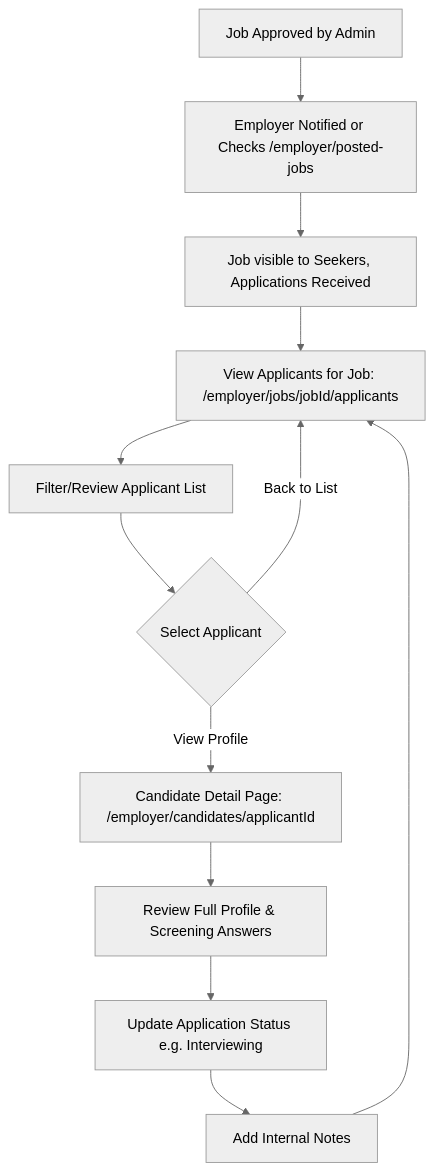
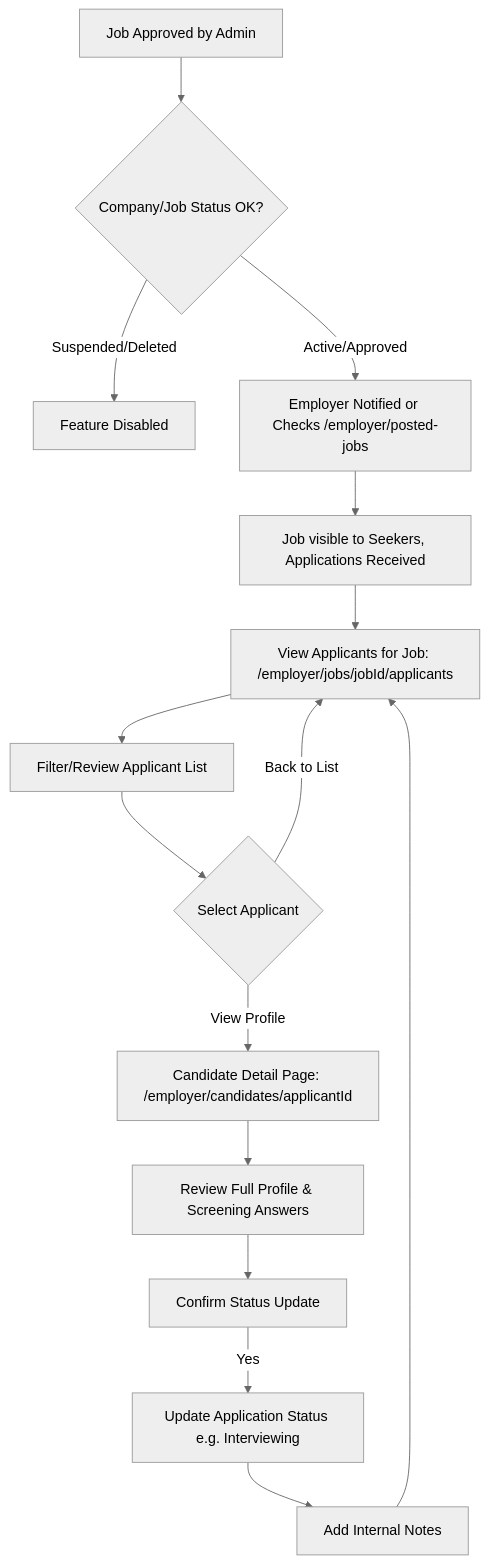
One commit to KishoreKammela/JobBoardly changed the second of 2 diagrams in docs/employer-features.md. Above: the diagram before and after it, drawn with Mermaid (neutral theme). The commit also changed other lines of this file and 3 other files, not shown here.

````diff
--- a/docs/employer-features.md
+++ b/docs/employer-features.md
@@ -109,14 +124,17 @@
 ```mermaid
 graph TD
-    A[Job Approved by Admin] --> B[Employer Notified or Checks /employer/posted-jobs]
+    A[Job Approved by Admin] --> B_check_status{Company/Job Status OK?}
+    B_check_status -- Suspended/Deleted --> B_disabled[Feature Disabled]
+    B_check_status -- Active/Approved --> B[Employer Notified or Checks /employer/posted-jobs]
     B --> C[Job visible to Seekers, Applications Received]
     C --> D[View Applicants for Job: /employer/jobs/jobId/applicants]
     D --> E[Filter/Review Applicant List]
     E --> F{Select Applicant}
     F -- View Profile --> G[Candidate Detail Page: /employer/candidates/applicantId]
     G --> H[Review Full Profile & Screening Answers]
-    H --> I[Update Application Status e.g. Interviewing]
+    H --> I_confirm[Confirm Status Update]
+    I_confirm -- Yes --> I[Update Application Status e.g. Interviewing]
     I --> J[Add Internal Notes]
     J --> D
     F -- Back to List --> D
 ```
````
